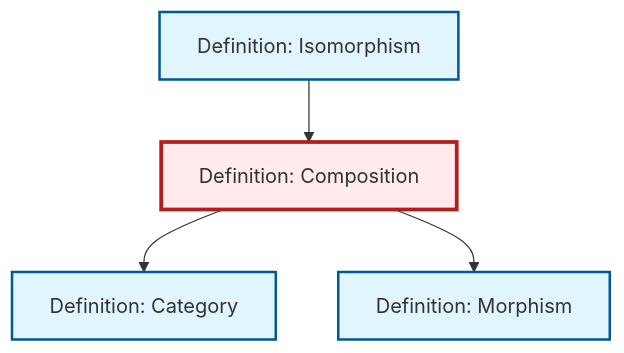
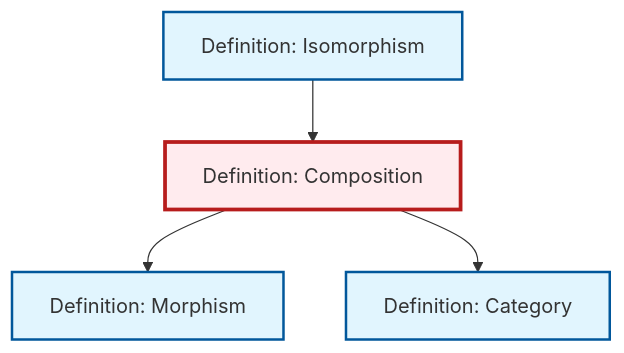
The diagram in output/mermaid/def-composition.mermaid (RK0429/ModernMath), drawn with Mermaid before and after one commit. The commit also changed other lines of this file and 1188 other files, not shown here.

```diff
--- a/output/mermaid/def-composition.mermaid
+++ b/output/mermaid/def-composition.mermaid
@@ -1,15 +1,15 @@
 %%| fig-cap: "Local dependency graph"
 graph TD
     classDef definition fill:#e1f5fe,stroke:#01579b,stroke-width:2px
     classDef theorem fill:#f3e5f5,stroke:#4a148c,stroke-width:2px
     classDef axiom fill:#fff3e0,stroke:#e65100,stroke-width:2px
     classDef example fill:#e8f5e9,stroke:#1b5e20,stroke-width:2px
     classDef current fill:#ffebee,stroke:#b71c1c,stroke-width:3px
+    def-category["Definition: Category"]:::definition
     def-composition["Definition: Composition"]:::definition
+    def-isomorphism["Definition: Isomorphism"]:::definition
     def-morphism["Definition: Morphism"]:::definition
-    def-isomorphism["Definition: Isomorphism"]:::definition
-    def-category["Definition: Category"]:::definition
+    def-composition --> def-morphism
     def-composition --> def-category
     def-isomorphism --> def-composition
-    def-composition --> def-morphism
     class def-composition current
```
